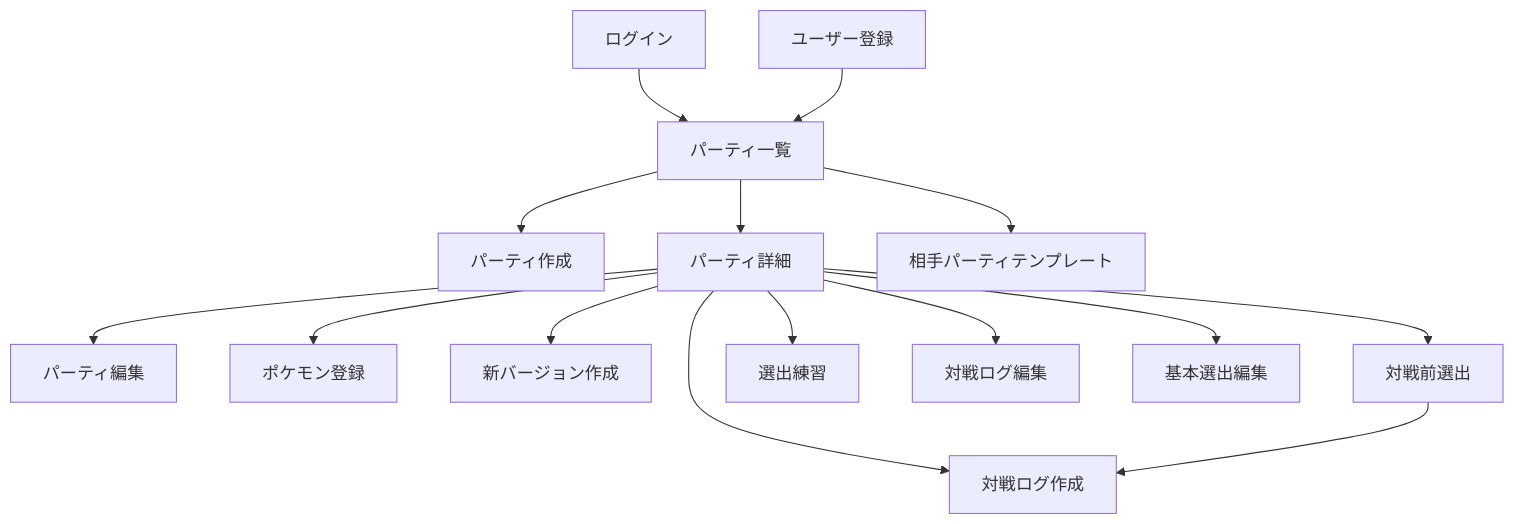
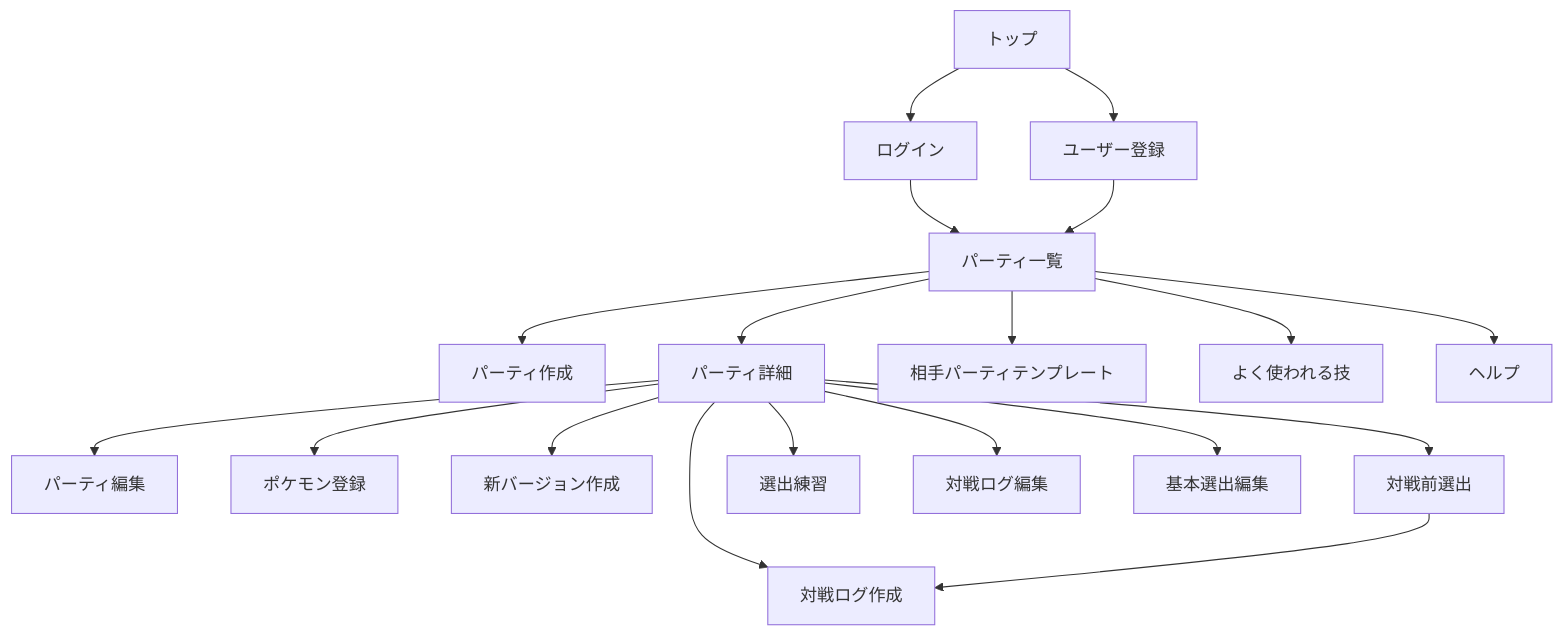
One commit to lesser-fam/pokemon-note-app changed the third of 3 diagrams in docs/design.md. Above: the diagram before and after it, drawn with Mermaid. The commit also changed other lines of this file and 3 other files, not shown here.

Commit message:
Align documentation with portfolio flow

````diff
--- a/docs/design.md
+++ b/docs/design.md
@@ -90,17 +92,21 @@
 ```mermaid
 flowchart TD
+    top[トップ] --> login[ログイン]
+    top --> register[ユーザー登録]
     login[ログイン] --> parties[パーティ一覧]
     register[ユーザー登録] --> parties
     parties --> partyCreate[パーティ作成]
     parties --> partyDetail[パーティ詳細]
     partyDetail --> partyEdit[パーティ編集]
     partyDetail --> pokemonCreate[ポケモン登録]
     partyDetail --> versionCreate[新バージョン作成]
     partyDetail --> battlePreview[対戦前選出]
     partyDetail --> selectionPractice[選出練習]
     partyDetail --> battleLogCreate[対戦ログ作成]
     battlePreview --> battleLogCreate
     partyDetail --> battleLogEdit[対戦ログ編集]
     partyDetail --> selectionTemplateEdit[基本選出編集]
     parties --> opponentTemplates[相手パーティテンプレート]
+    parties --> commonMoves[よく使われる技]
+    parties --> help[ヘルプ]
 ```
````
